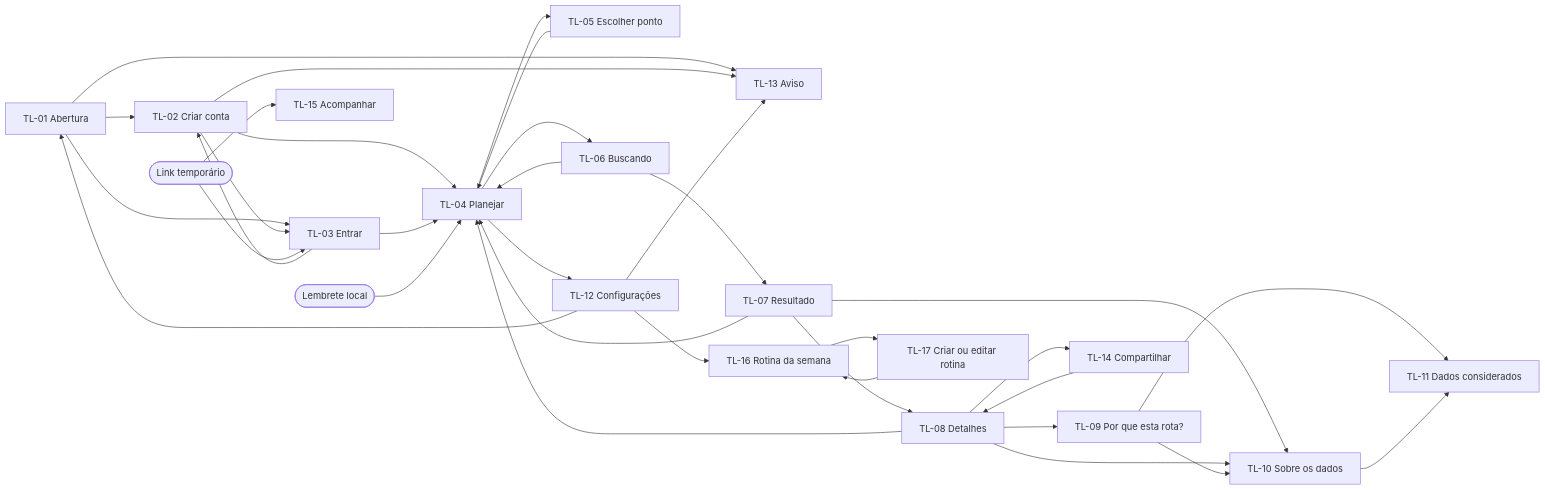
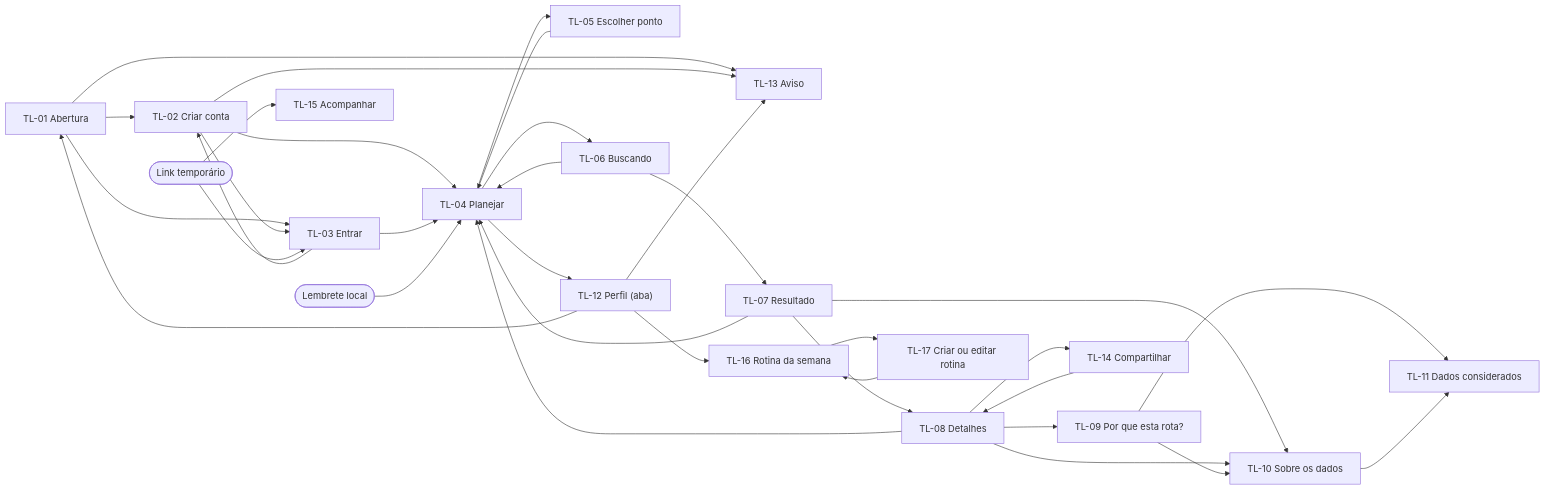
The diagram in docs/app-map/05_navegacao.md (VoltaSegura/voltasegura), drawn with Mermaid before and after one commit. The commit also changed other lines of this file and 111 other files, not shown here.

````diff
--- a/docs/app-map/05_navegacao.md
+++ b/docs/app-map/05_navegacao.md
@@ -42,36 +42,36 @@
 ```mermaid
 flowchart LR
     TL01["TL-01 Abertura"] --> TL02["TL-02 Criar conta"]
     TL01 --> TL03["TL-03 Entrar"]
     TL01 --> TL13["TL-13 Aviso"]
     TL02 --> TL13
     TL02 --> TL03
     TL03 --> TL02
     TL02 --> TL04["TL-04 Planejar"]
     TL03 --> TL04
     TL04 --> TL05["TL-05 Escolher ponto"]
     TL05 --> TL04
     TL04 --> TL06["TL-06 Buscando"]
     TL06 --> TL07["TL-07 Resultado"]
     TL06 --> TL04
     TL07 --> TL08["TL-08 Detalhes"]
     TL08 --> TL09["TL-09 Por que esta rota?"]
     TL07 --> TL10["TL-10 Sobre os dados"]
     TL08 --> TL10
     TL09 --> TL10
     TL09 --> TL11["TL-11 Dados considerados"]
     TL10 --> TL11
     TL07 --> TL04
     TL08 --> TL04
-    TL04 --> TL12["TL-12 Configurações"]
+    TL04 --> TL12["TL-12 Perfil (aba)"]
     TL12 --> TL16["TL-16 Rotina da semana"]
     TL16 --> TL17["TL-17 Criar ou editar rotina"]
     TL17 --> TL16
     NOTIF(["Lembrete local"]) --> TL04
     TL12 --> TL13
     TL12 --> TL01
     TL08 --> TL14["TL-14 Compartilhar"]
     TL14 --> TL08
     LINK(["Link temporário"]) --> TL15["TL-15 Acompanhar"]
     LINK --> TL03
 ```
````
